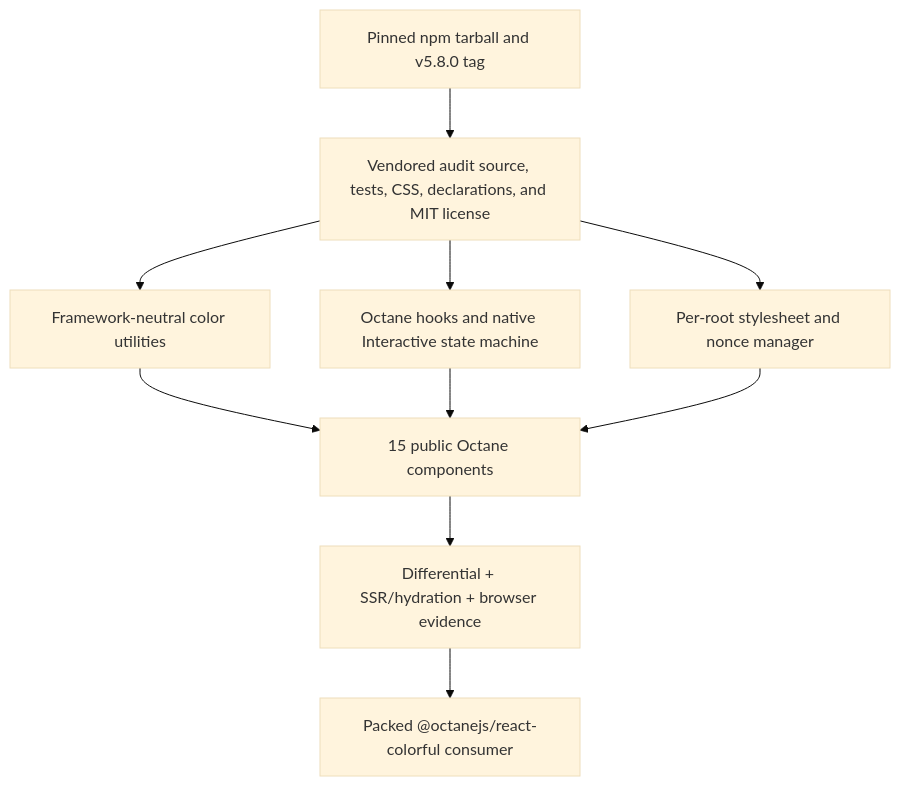
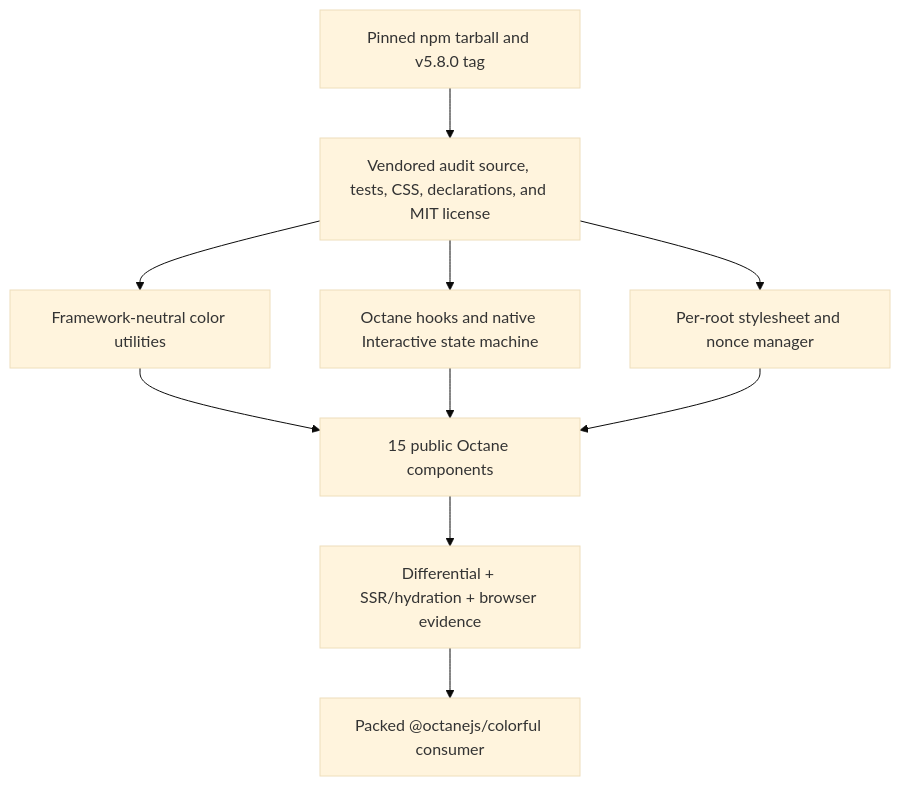
The diagram in docs/plans/2026-08-03-001-feat-react-colorful-binding-plan.md (jonkwheeler/octane), drawn with Mermaid (base theme) before and after one commit. The commit also changed other lines of this file and 228 other files, not shown here.

````diff
--- a/docs/plans/2026-08-03-001-feat-react-colorful-binding-plan.md
+++ b/docs/plans/2026-08-03-001-feat-react-colorful-binding-plan.md
@@ -89,12 +89,12 @@
 ```mermaid
 flowchart TB
   A["Pinned npm tarball and v5.8.0 tag"] --> B["Vendored audit source, tests, CSS, declarations, and MIT license"]
   B --> C["Framework-neutral color utilities"]
   B --> D["Octane hooks and native Interactive state machine"]
   C --> E["15 public Octane components"]
   D --> E
   B --> F["Per-root stylesheet and nonce manager"]
   F --> E
   E --> G["Differential + SSR/hydration + browser evidence"]
-  G --> H["Packed @octanejs/react-colorful consumer"]
+  G --> H["Packed @octanejs/colorful consumer"]
 ```
````
